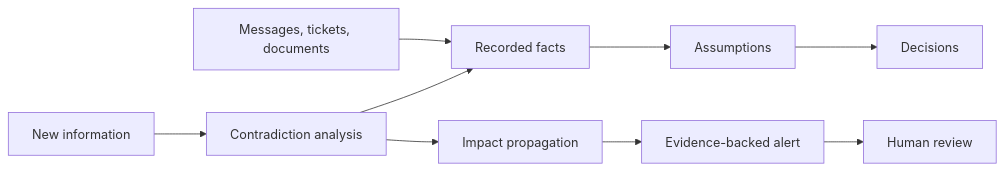
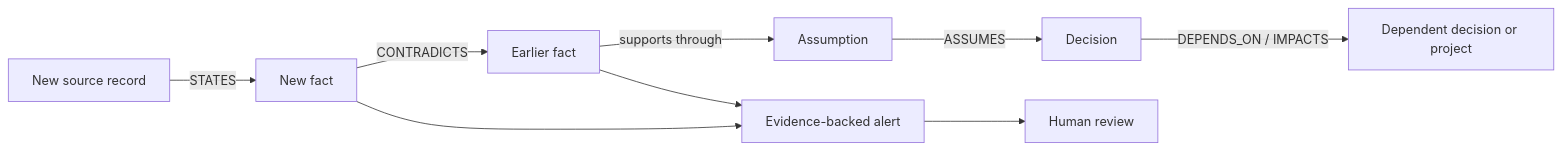
One commit to jessykiruba29/TripWire changed the third of 4 diagrams in README.md. Above: the diagram before and after it, drawn with Mermaid. The commit also changed other lines of this file, not shown here.

````diff
--- a/README.md
+++ b/README.md
@@ -66,11 +176,11 @@
 ```mermaid
 flowchart LR
-    M[Messages, tickets, documents] --> F[Recorded facts]
-    F --> A[Assumptions]
-    A --> D[Decisions]
-    N[New information] --> C[Contradiction analysis]
-    C --> F
-    C --> P[Impact propagation]
-    P --> E[Evidence-backed alert]
-    E --> H[Human review]
+  New[New source record] -->|STATES| NewFact[New fact]
+  NewFact -->|CONTRADICTS| OldFact[Earlier fact]
+  OldFact -->|supports through| Assumption[Assumption]
+  Assumption -->|ASSUMES| Decision[Decision]
+  Decision -->|DEPENDS_ON / IMPACTS| Impact[Dependent decision or project]
+  NewFact --> Alert[Evidence-backed alert]
+  OldFact --> Alert
+  Alert --> Review[Human review]
 ```
````
